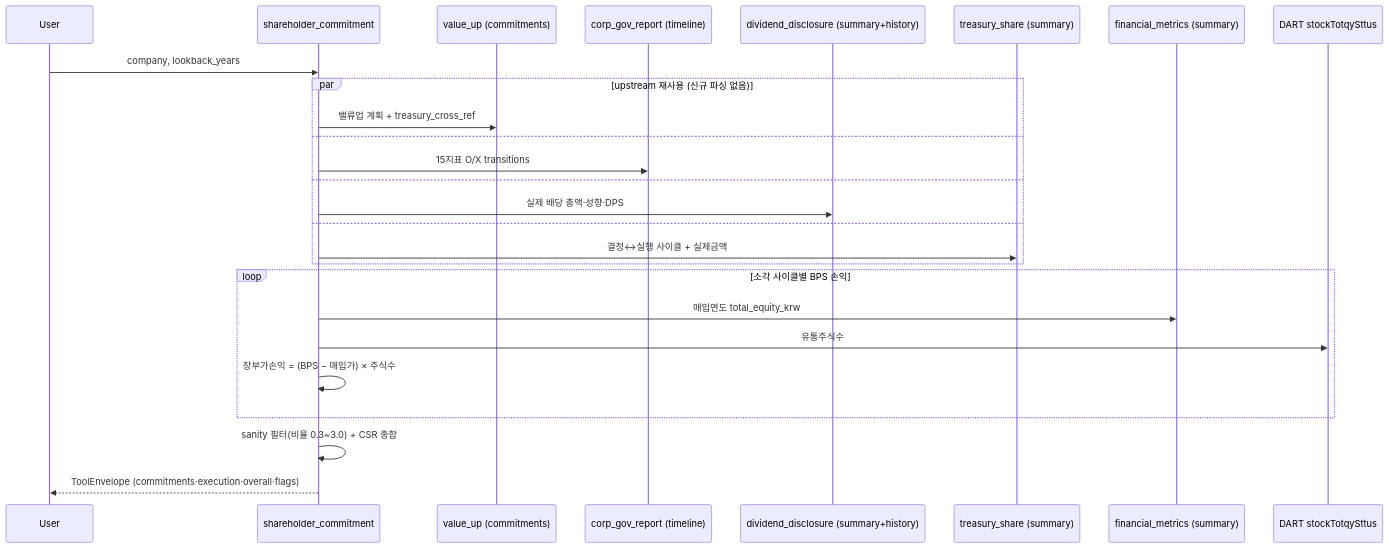
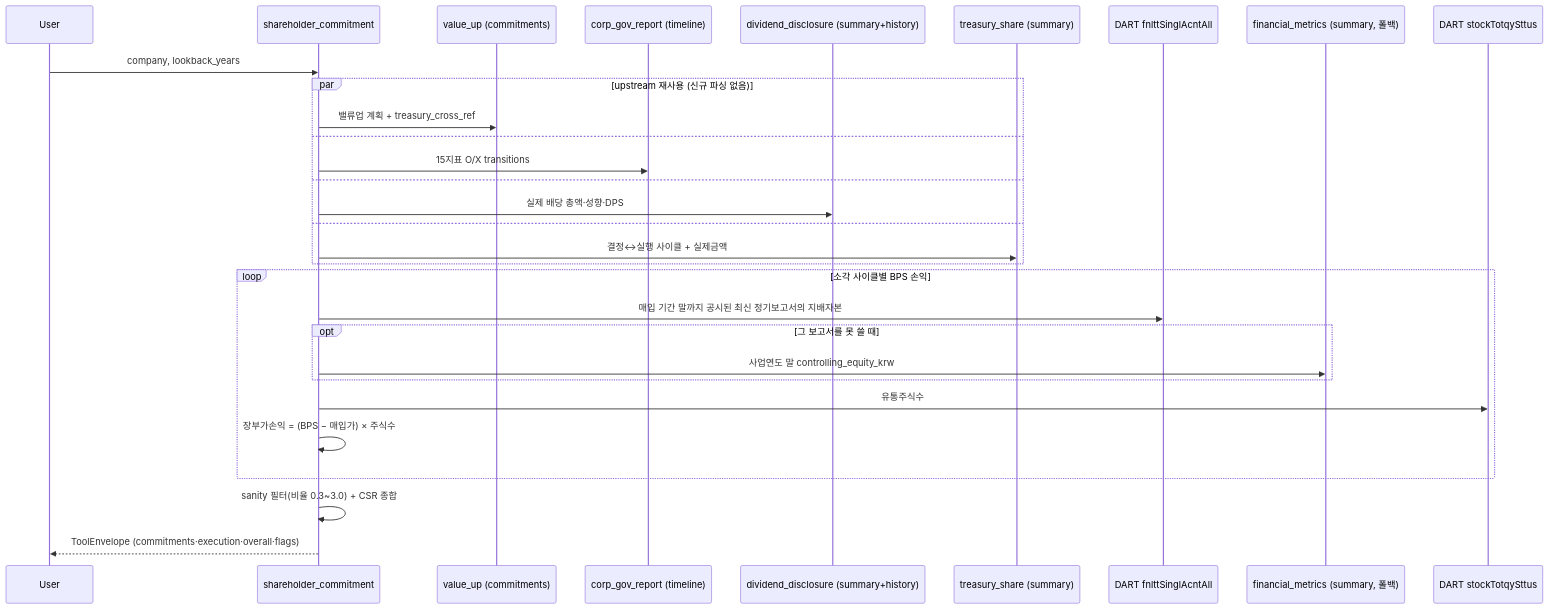
One commit to MarcoYou/open-proxy-mcp changed the diagram in wiki/tools/shareholder_commitment.md. Above: the diagram before and after it, drawn with Mermaid. The commit also changed other lines of this file, not shown here.

Commit message:
docs: shareholder_commitment — BPS 는 지배자본 · 기준일은 매입 기간 말 · bps_basis · 외부 호출 콜 수

````diff
--- a/wiki/tools/shareholder_commitment.md
+++ b/wiki/tools/shareholder_commitment.md
@@ -39,28 +39,32 @@
 ```mermaid
 sequenceDiagram
     participant U as User
     participant T as shareholder_commitment
     participant V as value_up (commitments)
     participant G as corp_gov_report (timeline)
     participant D as dividend_disclosure (summary+history)
     participant TS as treasury_share (summary)
-    participant F as financial_metrics (summary)
+    participant A as DART fnlttSinglAcntAll
+    participant F as financial_metrics (summary, 폴백)
     participant S as DART stockTotqySttus
     U->>T: company, lookback_years
     par upstream 재사용 (신규 파싱 없음)
         T->>V: 밸류업 계획 + treasury_cross_ref
     and
         T->>G: 15지표 O/X transitions
     and
         T->>D: 실제 배당 총액·성향·DPS
     and
         T->>TS: 결정↔실행 사이클 + 실제금액
     end
     loop 소각 사이클별 BPS 손익
-        T->>F: 매입연도 total_equity_krw
+        T->>A: 매입 기간 말까지 공시된 최신 정기보고서의 지배자본
+        opt 그 보고서를 못 쓸 때
+            T->>F: 사업연도 말 controlling_equity_krw
+        end
         T->>S: 유통주식수
         T->>T: 장부가손익 = (BPS − 매입가) × 주식수
     end
     T->>T: sanity 필터(비율 0.3~3.0) + CSR 종합
     T-->>U: ToolEnvelope (commitments·execution·overall·flags)
 ```
````
